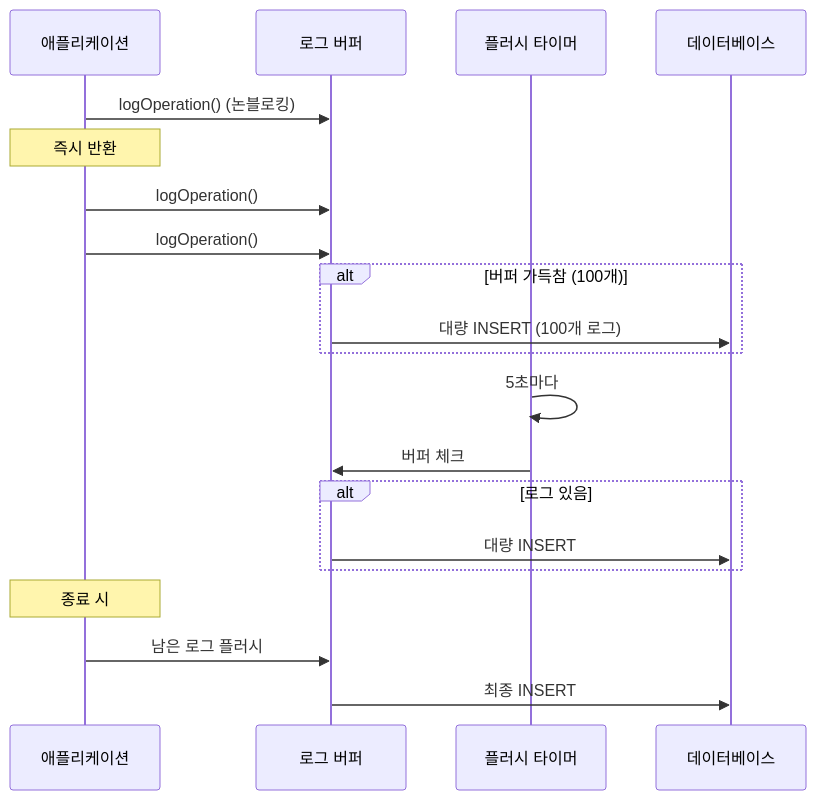
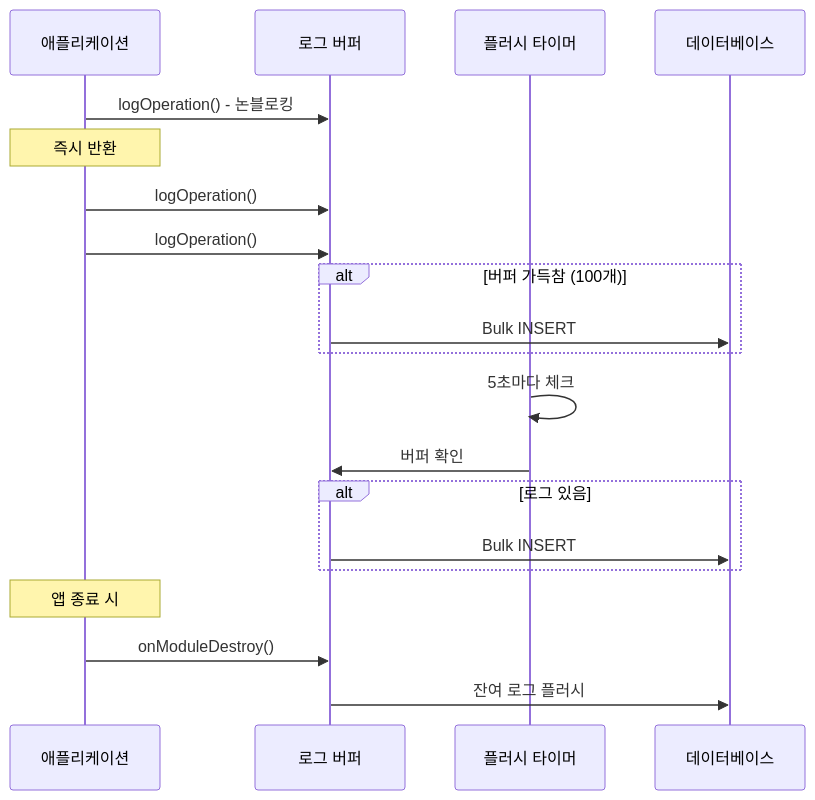
One commit to PreAgile/astro-paper changed the third of 3 diagrams in src/data/blog/multi-platform-database-design-deep-dive.md. Above: the diagram before and after it, drawn with Mermaid. The commit also changed other lines of this file and 1 other file, not shown here.

````diff
--- a/src/data/blog/multi-platform-database-design-deep-dive.md
+++ b/src/data/blog/multi-platform-database-design-deep-dive.md
@@ -802,26 +588,26 @@
 ```mermaid
 sequenceDiagram
     participant App as 애플리케이션
     participant Buffer as 로그 버퍼
     participant Timer as 플러시 타이머
     participant DB as 데이터베이스
 
-    App->>Buffer: logOperation() (논블로킹)
+    App->>Buffer: logOperation() - 논블로킹
     Note over App: 즉시 반환
     App->>Buffer: logOperation()
     App->>Buffer: logOperation()
 
     alt 버퍼 가득참 (100개)
-        Buffer->>DB: 대량 INSERT (100개 로그)
+        Buffer->>DB: Bulk INSERT
     end
 
-    Timer->>Timer: 5초마다
-    Timer->>Buffer: 버퍼 체크
+    Timer->>Timer: 5초마다 체크
+    Timer->>Buffer: 버퍼 확인
     alt 로그 있음
-        Buffer->>DB: 대량 INSERT
+        Buffer->>DB: Bulk INSERT
     end
 
-    Note over App: 종료 시
-    App->>Buffer: 남은 로그 플러시
-    Buffer->>DB: 최종 INSERT
+    Note over App: 앱 종료 시
+    App->>Buffer: onModuleDestroy()
+    Buffer->>DB: 잔여 로그 플러시
 ```
````
